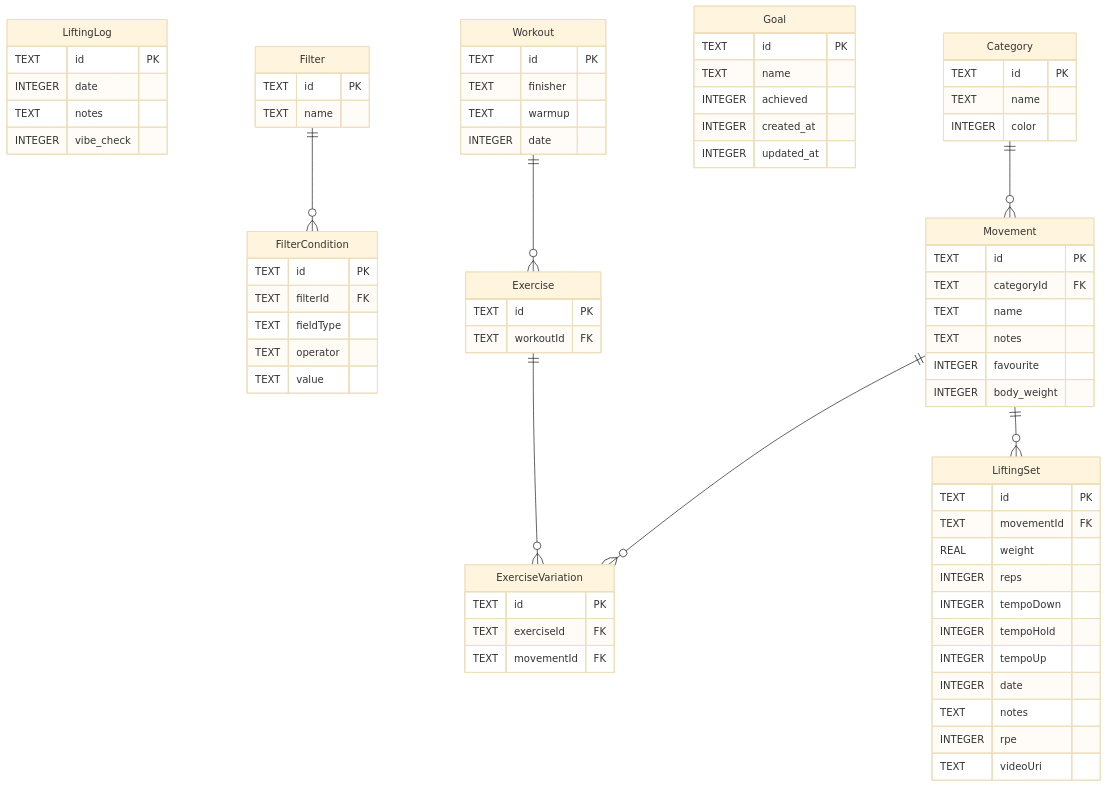
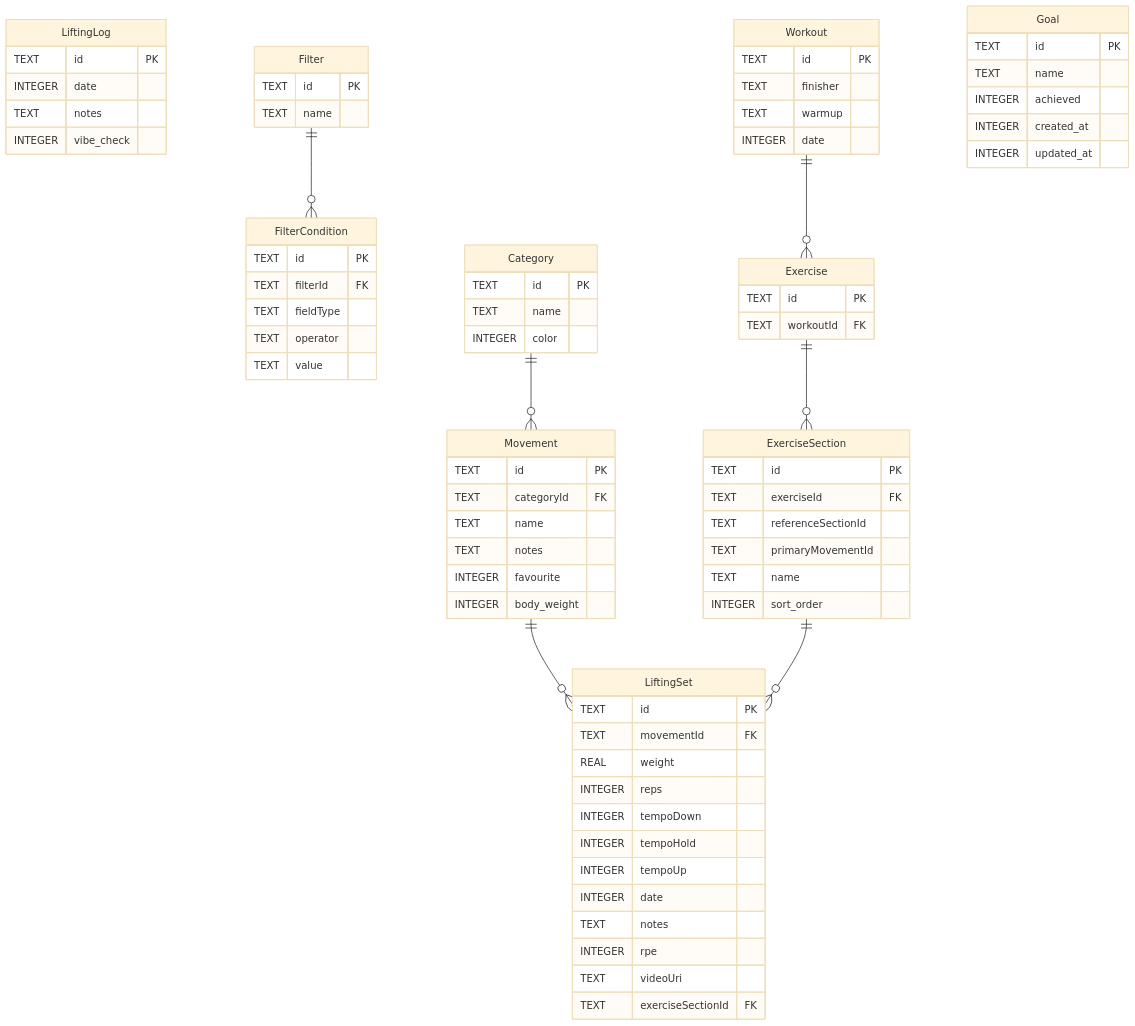
The diagram in docs/database-er-diagram.md (eholtrop/lift-bro), drawn with Mermaid (base theme) before and after one commit. The commit also changed 4 other files, not shown here.

Commit message:
fix generate arch diagram

````diff
--- a/docs/database-er-diagram.md
+++ b/docs/database-er-diagram.md
@@ -5,75 +5,79 @@
 ```mermaid
 erDiagram
     LiftingLog {
         TEXT id PK
         INTEGER date
         TEXT notes
         INTEGER vibe_check
     }
     Workout {
         TEXT id PK
         TEXT finisher
         TEXT warmup
         INTEGER date
     }
     Filter {
         TEXT id PK
         TEXT name
     }
     FilterCondition {
         TEXT id PK
         TEXT filterId FK
         TEXT fieldType
         TEXT operator
         TEXT value
     }
     Goal {
         TEXT id PK
         TEXT name
         INTEGER achieved
         INTEGER created_at
         INTEGER updated_at
     }
     Category {
         TEXT id PK
         TEXT name
         INTEGER color
     }
     Exercise {
         TEXT id PK
         TEXT workoutId FK
     }
-    ExerciseVariation {
+    ExerciseSection {
         TEXT id PK
         TEXT exerciseId FK
-        TEXT movementId FK
+        TEXT referenceSectionId
+        TEXT primaryMovementId
+        TEXT name
+        INTEGER sort_order
     }
     Movement {
         TEXT id PK
         TEXT categoryId FK
         TEXT name
         TEXT notes
         INTEGER favourite
         INTEGER body_weight
     }
     LiftingSet {
         TEXT id PK
         TEXT movementId FK
         REAL weight
         INTEGER reps
         INTEGER tempoDown
         INTEGER tempoHold
         INTEGER tempoUp
         INTEGER date
         TEXT notes
         INTEGER rpe
         TEXT videoUri
+        TEXT exerciseSectionId FK
     }
 
     Filter ||--o{ FilterCondition : ""
     Workout ||--o{ Exercise : ""
-    Exercise ||--o{ ExerciseVariation : ""
-    Movement ||--o{ ExerciseVariation : ""
+    Exercise ||--o{ ExerciseSection : ""
     Category ||--o{ Movement : ""
     Movement ||--o{ LiftingSet : ""
+    ExerciseSection ||--o{ LiftingSet : ""
 ```
````
